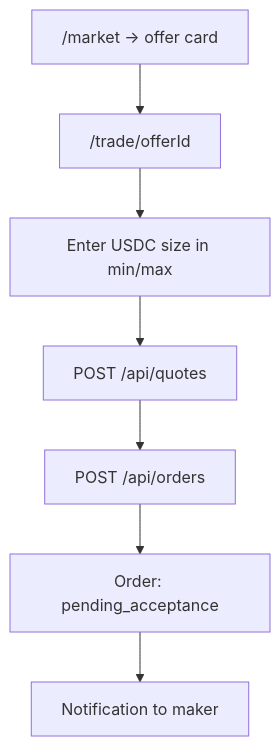
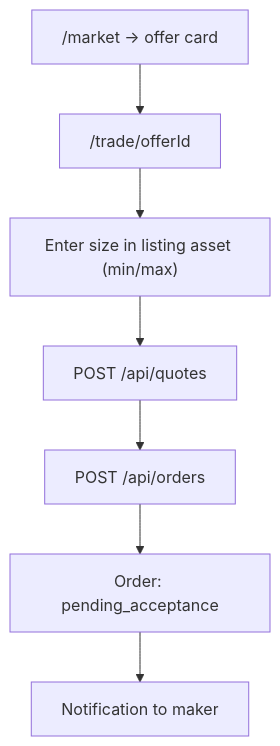
One commit to Bran18/upeer changed the third of 7 diagrams in docs/user-flows.md. Above: the diagram before and after it, drawn with Mermaid. The commit also changed other lines of this file and 36 other files, not shown here.

````diff
--- a/docs/user-flows.md
+++ b/docs/user-flows.md
@@ -38,9 +38,9 @@
 ```mermaid
 flowchart TD
   T1["/market → offer card"] --> T2["/trade/offerId"]
-  T2 --> T3["Enter USDC size in min/max"]
+  T2 --> T3["Enter size in listing asset (min/max)"]
   T3 --> T4["POST /api/quotes"]
   T4 --> T5["POST /api/orders"]
   T5 --> T6["Order: pending_acceptance"]
   T6 --> T7["Notification to maker"]
 ```
````
